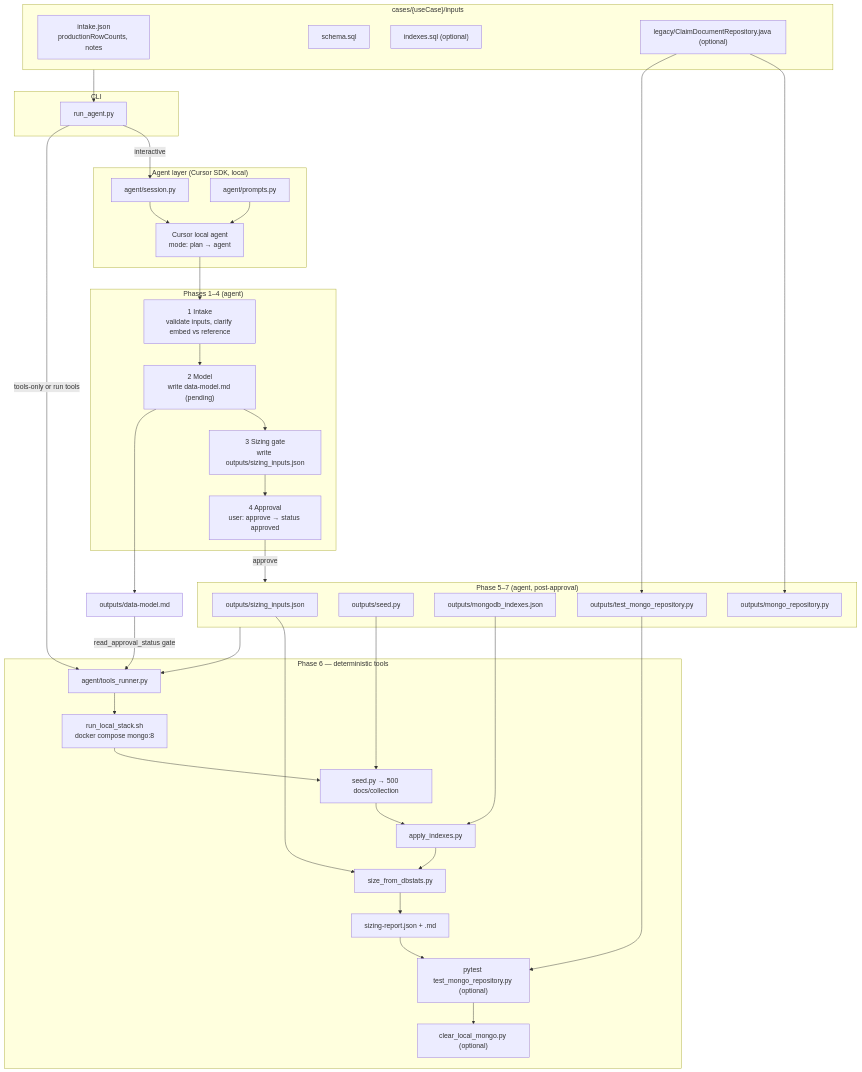
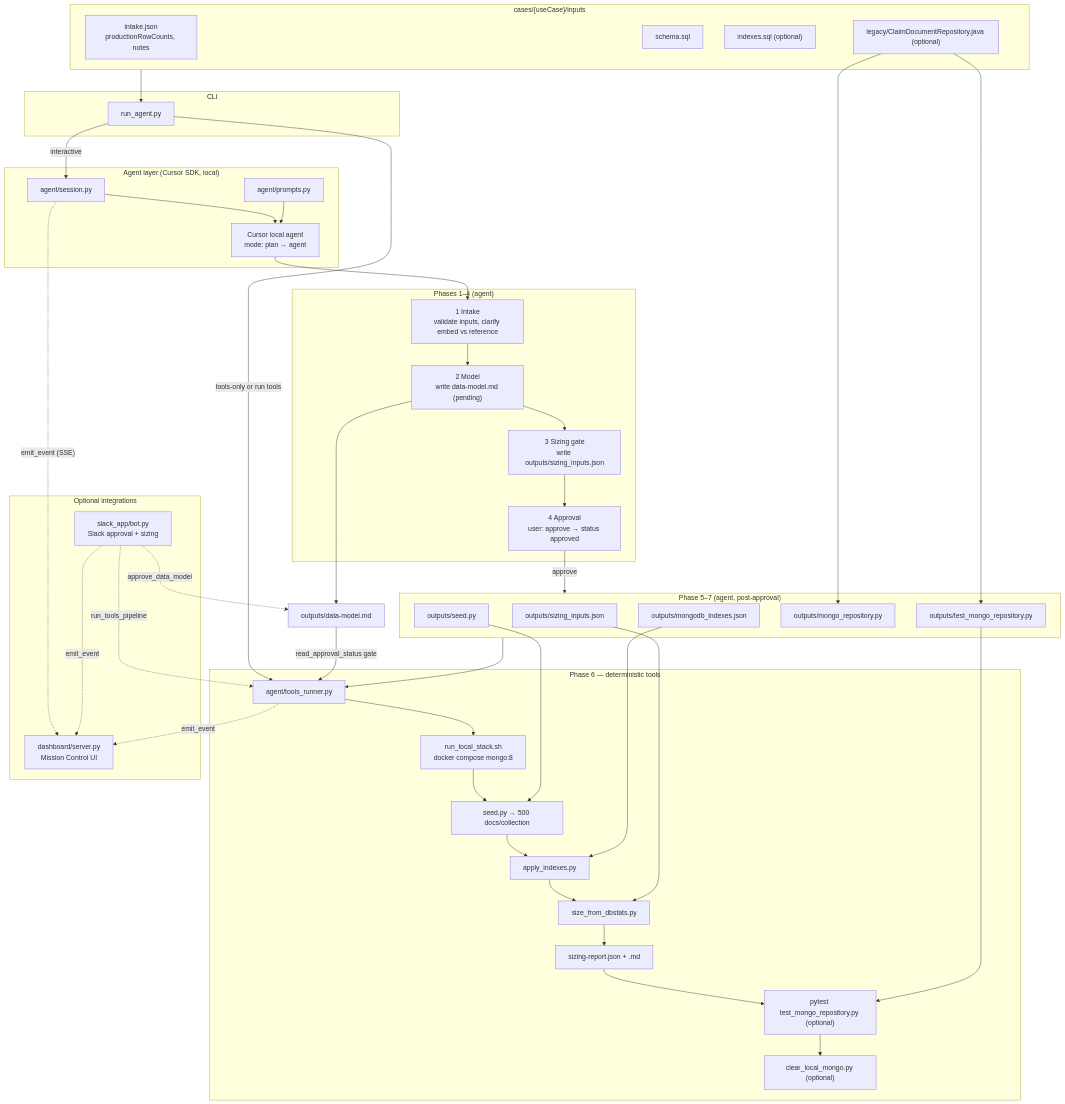
One commit to parthobardhan/mongodb-sizing-agent changed the diagram in README.md. Above: the diagram before and after it, drawn with Mermaid. The commit also changed other lines of this file and 34 other files, not shown here.

First line of the commit message:
Add Mission Control dashboard and Slack approval integrations.

````diff
--- a/README.md
+++ b/README.md
@@ -9,65 +14,76 @@
 ```mermaid
 flowchart TB
   subgraph inputs ["cases/{useCase}/inputs"]
     intake["intake.json<br/>productionRowCounts, notes"]
     schema["schema.sql"]
     indexes_sql["indexes.sql (optional)"]
     legacy["legacy/ClaimDocumentRepository.java (optional)"]
   end
 
   subgraph cli ["CLI"]
     run["run_agent.py"]
   end
 
   subgraph agent_layer ["Agent layer (Cursor SDK, local)"]
     session["agent/session.py"]
     prompts["agent/prompts.py"]
     cursor["Cursor local agent<br/>mode: plan → agent"]
   end
 
   subgraph phases ["Phases 1–4 (agent)"]
     p1["1 Intake<br/>validate inputs, clarify embed vs reference"]
     p2["2 Model<br/>write data-model.md (pending)"]
     p3["3 Sizing gate<br/>write outputs/sizing_inputs.json"]
     p4["4 Approval<br/>user: approve → status approved"]
   end
 
   subgraph gen ["Phase 5–7 (agent, post-approval)"]
     sizing_in["outputs/sizing_inputs.json"]
     seed_py["outputs/seed.py"]
     idx_json["outputs/mongodb_indexes.json"]
     repo_py["outputs/mongo_repository.py"]
     repo_test["outputs/test_mongo_repository.py"]
   end
 
   subgraph tools ["Phase 6 — deterministic tools"]
     runner["agent/tools_runner.py"]
     docker["run_local_stack.sh<br/>docker compose mongo:8"]
     seed_run["seed.py → 500 docs/collection"]
     apply["apply_indexes.py"]
     size["size_from_dbstats.py"]
     report["sizing-report.json + .md"]
     verify["pytest test_mongo_repository.py (optional)"]
     cleanup["clear_local_mongo.py (optional)"]
   end
 
   inputs --> run
   run -->|"interactive"| session
   session --> cursor
   prompts --> cursor
   cursor --> p1 --> p2 --> p3 --> p4
   p4 -->|"approve"| gen
   run -->|"tools-only or run tools"| runner
   gen --> runner
   runner --> docker --> seed_run --> apply --> size --> report
   report --> verify
   verify --> cleanup
   sizing_in --> size
   idx_json --> apply
   seed_py --> seed_run
   legacy --> repo_py
   legacy --> repo_test
   repo_test --> verify
   p2 --> dm["outputs/data-model.md"]
   dm -->|"read_approval_status gate"| runner
+
+  subgraph integrations ["Optional integrations"]
+    dash["dashboard/server.py<br/>Mission Control UI"]
+    slack["slack_app/bot.py<br/>Slack approval + sizing"]
+  end
+
+  session -.->|"emit_event (SSE)"| dash
+  runner -.->|"emit_event"| dash
+  slack -.->|"approve_data_model"| dm
+  slack -.->|"emit_event"| dash
+  slack -.->|"run_tools_pipeline"| runner
 ```
````
